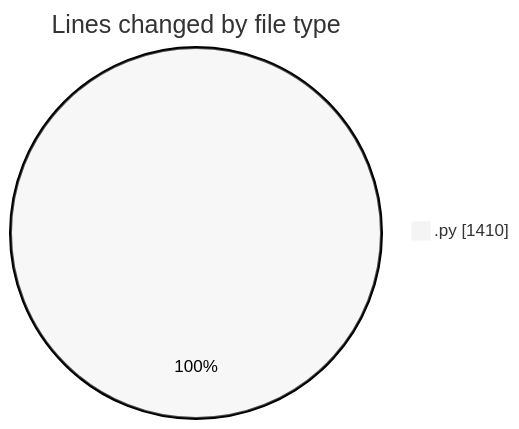
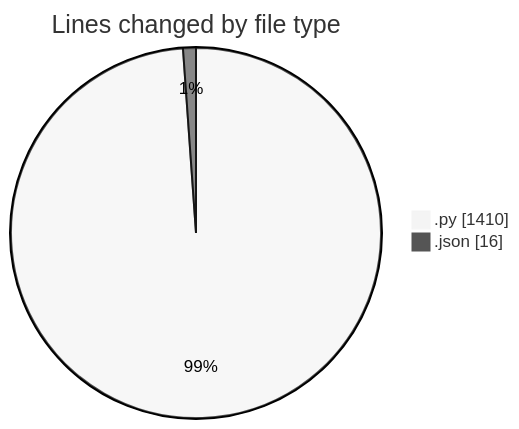
Before and after one commit to MatusMokan/code-tracking: the first of 2 diagrams in 2025-03-18/myws__workspace_/README.md, drawn with Mermaid (neutral theme). The commit also changed other lines of this file and 1 other file, not shown here.

````diff
--- a/2025-03-18/myws__workspace_/README.md
+++ b/2025-03-18/myws__workspace_/README.md
@@ -25,5 +26,6 @@
 ```mermaid
 pie showData
 title Lines changed by file type
 ".py" : 1410
+".json" : 16
 ```
````
